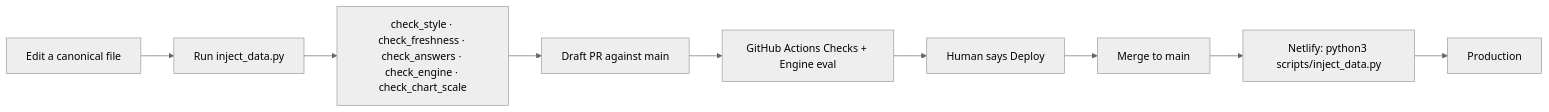
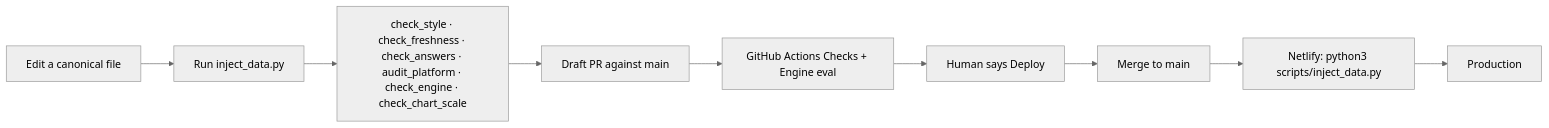
The seventh of 8 diagrams in ARCHITECTURE.md (jcalabr3ez/datalabs-prototype), drawn with Mermaid (neutral theme) before and after one commit. The commit also changed other lines of this file and 6 other files, not shown here.

First line of the commit message:
Add an overnight platform audit for claims and insight charts.

````diff
--- a/ARCHITECTURE.md
+++ b/ARCHITECTURE.md
@@ -232,11 +240,11 @@
 ```mermaid
 flowchart LR
   Edit[Edit a canonical file] --> Inject[Run inject_data.py]
-  Inject --> Checks["check_style · check_freshness · check_answers · check_engine · check_chart_scale"]
+  Inject --> Checks["check_style · check_freshness · check_answers · audit_platform · check_engine · check_chart_scale"]
   Checks --> PR[Draft PR against main]
   PR --> CI[GitHub Actions Checks + Engine eval]
   CI --> Review[Human says Deploy]
   Review --> Merge[Merge to main]
   Merge --> Build["Netlify: python3 scripts/inject_data.py"]
   Build --> Prod[Production]
 ```
````
